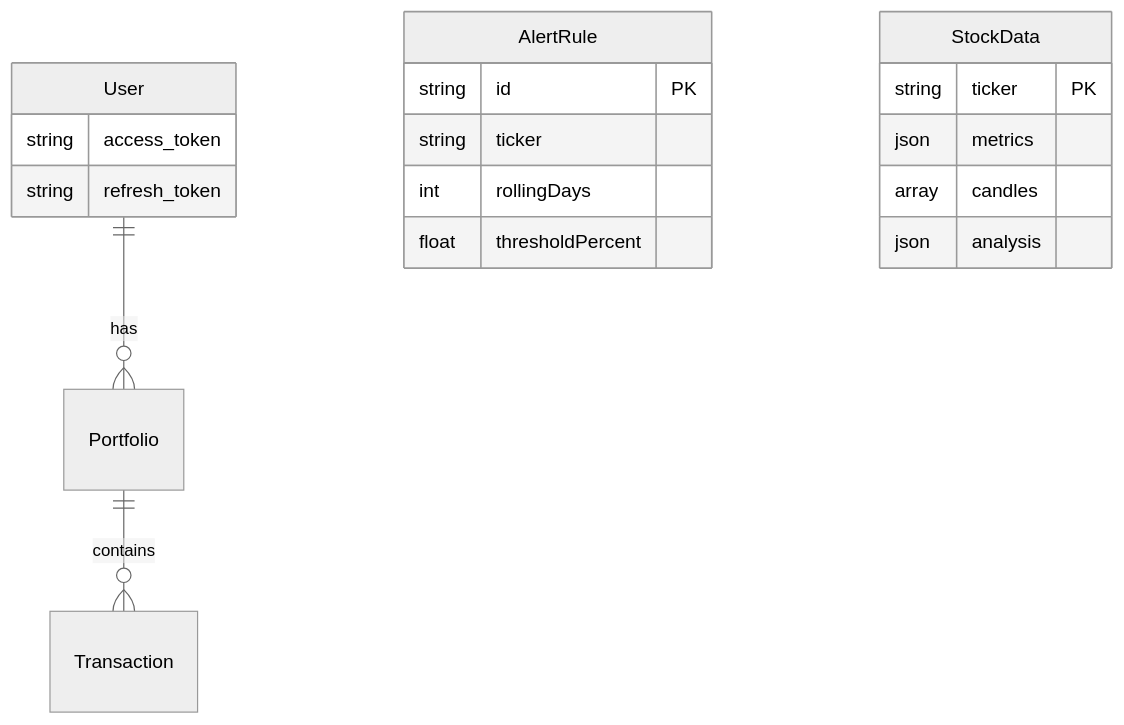
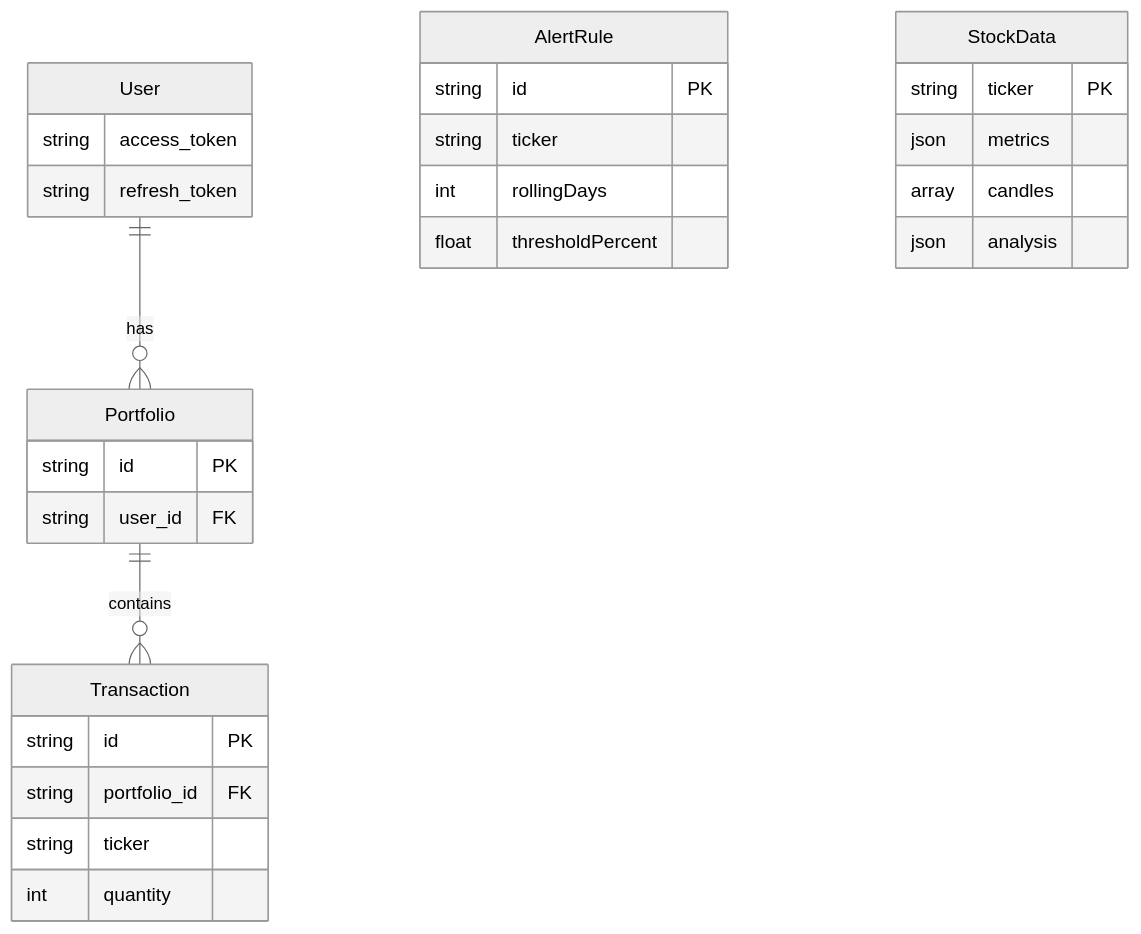
The second of 2 diagrams in content/projects/alphatracer-mobile/index.nl.md (sebian-lab/sebian-lab.github.io), drawn with Mermaid (neutral theme) before and after one commit. The commit also changed other lines of this file and 7 other files, not shown here.

Commit message:
Fix Mermaid 11 syntax errors in project architecture and ER diagrams

```diff
--- a/content/projects/alphatracer-mobile/index.nl.md
+++ b/content/projects/alphatracer-mobile/index.nl.md
@@ -90,26 +90,32 @@
 {{< mermaid >}}
 erDiagram
     User ||--o{ Portfolio : "has"
     Portfolio ||--o{ Transaction : "contains"
 
     User {
         string access_token
         string refresh_token
     }
     Portfolio {
+        string id PK
+        string user_id FK
     }
     Transaction {
+        string id PK
+        string portfolio_id FK
+        string ticker
+        int quantity
     }
     AlertRule {
         string id PK
         string ticker
         int rollingDays
         float thresholdPercent
     }
     StockData {
         string ticker PK
         json metrics
         array candles
         json analysis
     }
 {{< /mermaid >}}
```
